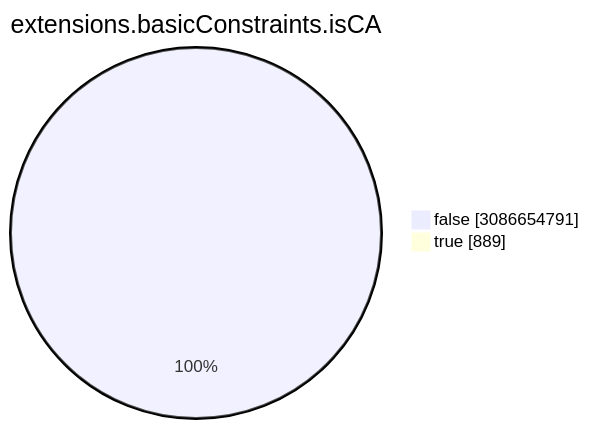
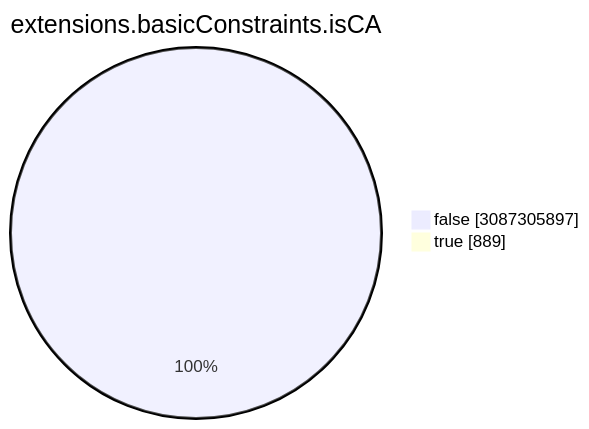
One commit to christiankrug/ctmonitor_visualization changed the seventh of 15 diagrams in TOTAL/README.md. Above: the diagram before and after it, drawn with Mermaid. The commit also changed other lines of this file, not shown here.

````diff
--- a/TOTAL/README.md
+++ b/TOTAL/README.md
@@ -3086,6 +3086,6 @@
 ```mermaid
 pie showData
 title extensions.basicConstraints.isCA
-"false" :3086654791
+"false" :3087305897
 "true" :889
 ```
````
